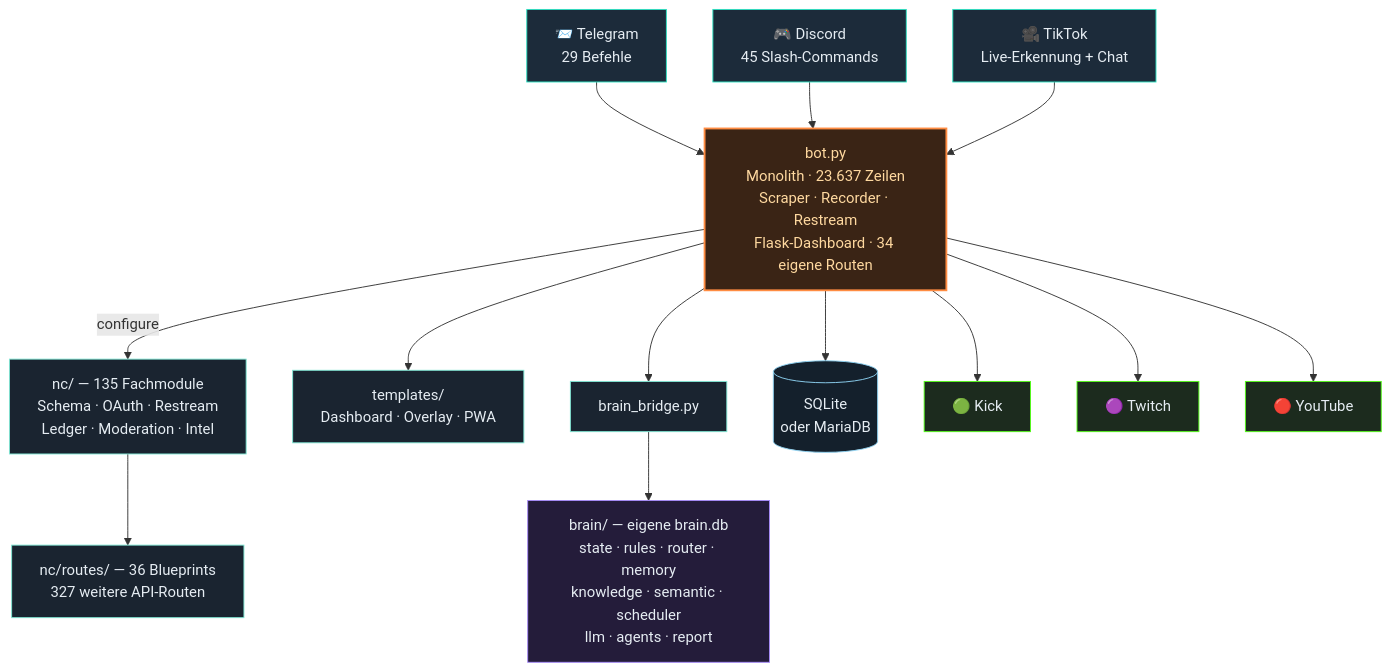
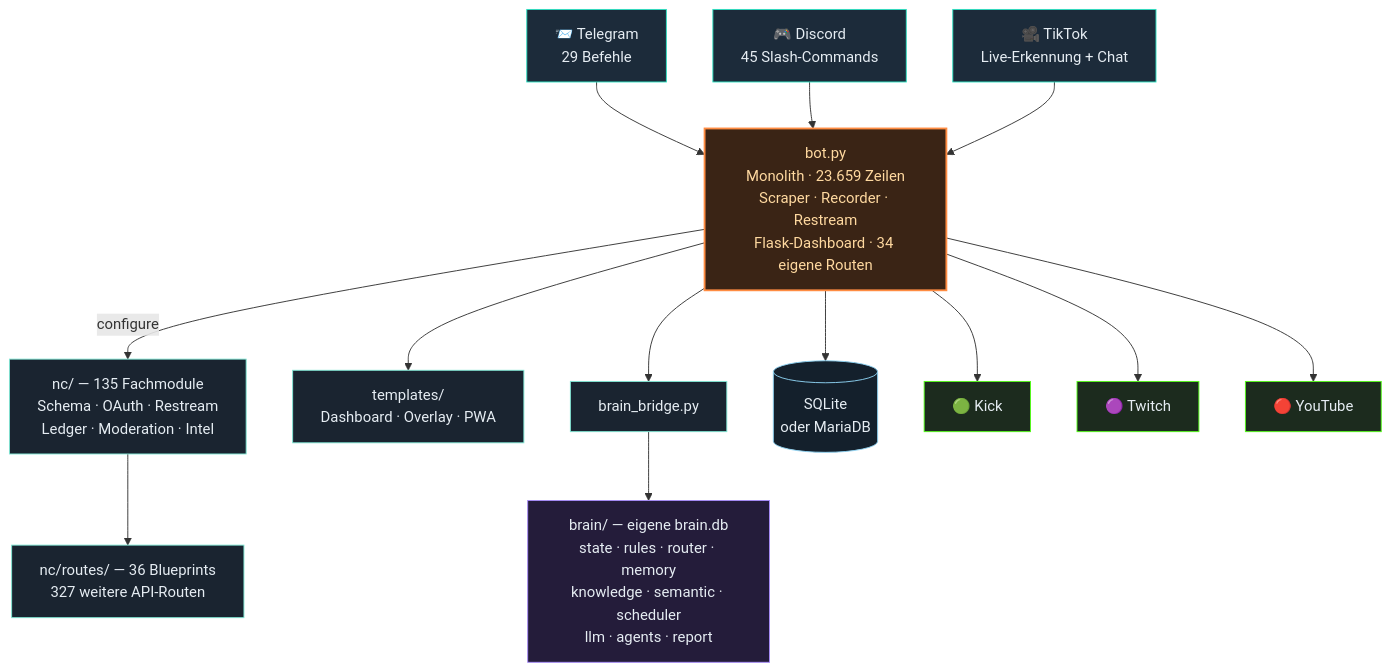
One commit to itsamemedev/Telegram-Stream-Info-Bot changed the third of 4 diagrams in README.md. Above: the diagram before and after it, drawn with Mermaid. The commit also changed other lines of this file and 8 other files, not shown here.

````diff
--- a/README.md
+++ b/README.md
@@ -189,30 +189,30 @@
 ```mermaid
 flowchart TB
     TG["📨 Telegram<br/>29 Befehle"]:::ein
     DC["🎮 Discord<br/>45 Slash-Commands"]:::ein
     TT["🎥 TikTok<br/>Live-Erkennung + Chat"]:::ein
 
     TG --> BOT
     DC --> BOT
     TT --> BOT
 
-    BOT["bot.py<br/>Monolith · 23.637 Zeilen<br/>Scraper · Recorder · Restream<br/>Flask-Dashboard · 34 eigene Routen"]:::core
+    BOT["bot.py<br/>Monolith · 23.659 Zeilen<br/>Scraper · Recorder · Restream<br/>Flask-Dashboard · 34 eigene Routen"]:::core
 
     BOT -->|configure| NC["nc/ — 135 Fachmodule<br/>Schema · OAuth · Restream<br/>Ledger · Moderation · Intel"]:::lib
     NC --> RT["nc/routes/ — 36 Blueprints<br/>327 weitere API-Routen"]:::lib
     BOT --> TPL["templates/<br/>Dashboard · Overlay · PWA"]:::lib
     BOT --> BR["brain_bridge.py"]:::lib
     BR --> BRAIN["brain/ — eigene brain.db<br/>state · rules · router · memory<br/>knowledge · semantic · scheduler<br/>llm · agents · report"]:::brain
     BOT --> DB[("SQLite<br/>oder MariaDB")]:::db
 
     BOT --> KICK["🟢 Kick"]:::out
     BOT --> TW["🟣 Twitch"]:::out
     BOT --> YT["🔴 YouTube"]:::out
 
     classDef ein fill:#1c2b3a,stroke:#2de1c2,color:#e6edf3
     classDef core fill:#3a2415,stroke:#ff8c42,stroke-width:2px,color:#ffd9a0
     classDef lib fill:#1a2430,stroke:#7fe7d4,color:#e6edf3
     classDef brain fill:#241c3a,stroke:#a78bfa,color:#e6edf3
     classDef db fill:#14202c,stroke:#8fd3f4,color:#e6edf3
     classDef out fill:#1c2b1e,stroke:#53fc18,color:#e6edf3
 ```
````
